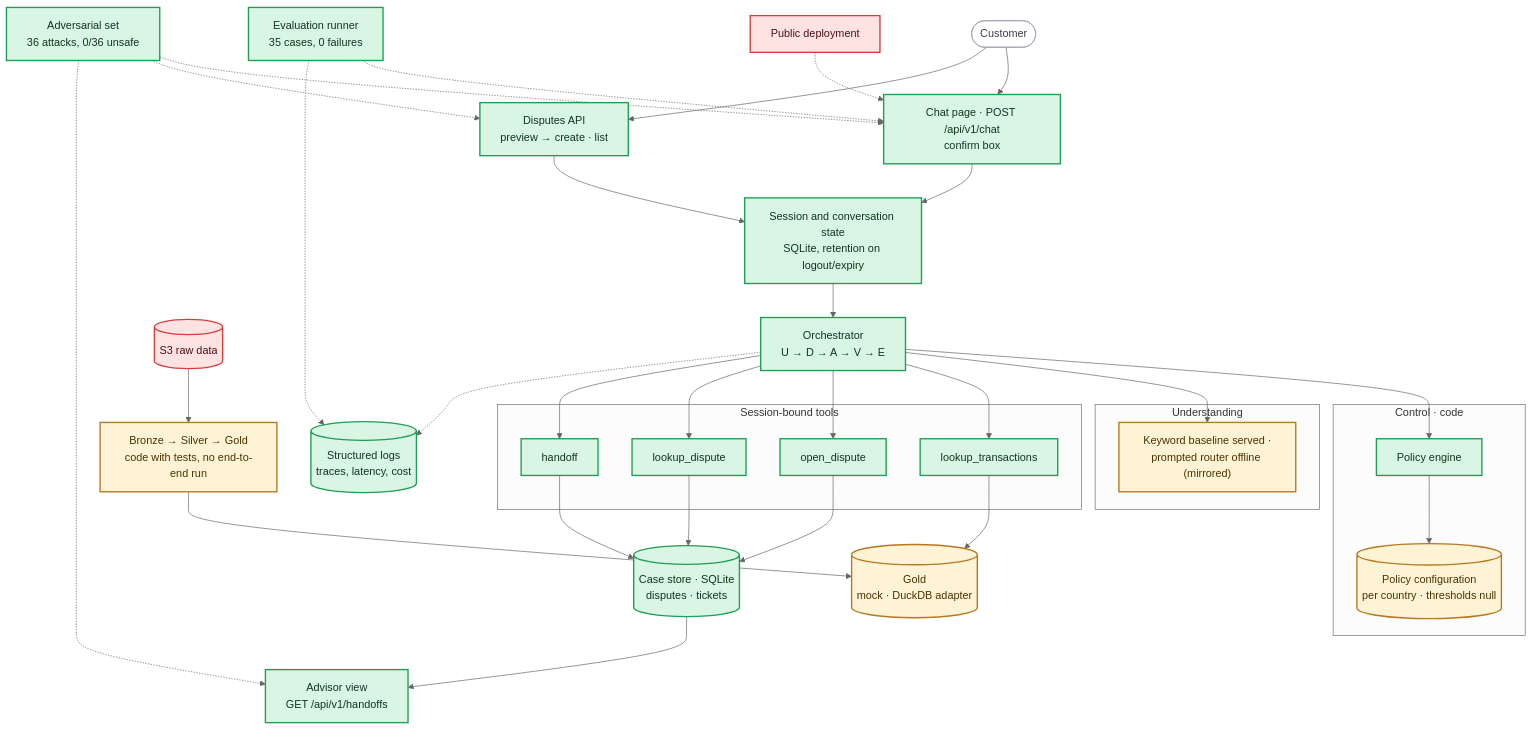
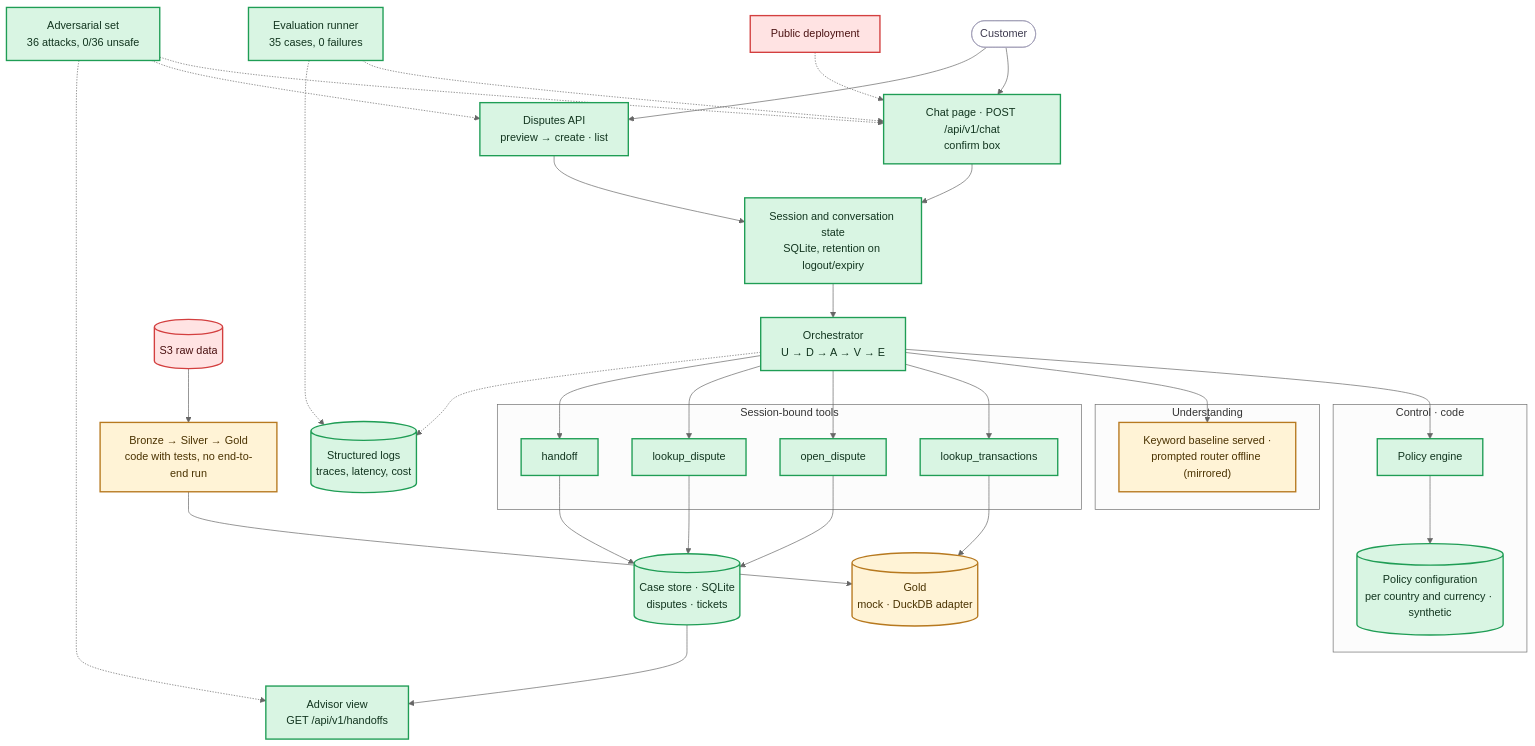
One commit to rdorta27/factored-hackathon-2026-sentinel-engine changed the diagram in team/component-status.md. Above: the diagram before and after it, drawn with Mermaid (neutral theme). The commit also changed other lines of this file and 8 other files, not shown here.

First line of the commit message:
docs: close REQ-0006 with the per-currency fraud and amount rules

````diff
--- a/team/component-status.md
+++ b/team/component-status.md
@@ -7,50 +7,50 @@
 ```mermaid
 flowchart TB
     client(["Customer"]) --> chat["Chat page · POST /api/v1/chat<br/>confirm box"]
     client --> dapi["Disputes API<br/>preview → create · list"]
     chat --> session["Session and conversation state<br/>SQLite, retention on logout/expiry"]
     dapi --> session
     session --> orch["Orchestrator<br/>U → D → A → V → E"]
 
     subgraph control["Control · code"]
         policy["Policy engine"]
-        config[("Policy configuration<br/>per country · thresholds null")]
+        config[("Policy configuration<br/>per country and currency · synthetic")]
         policy --> config
     end
     subgraph toolset["Session-bound tools"]
         lookup["lookup_transactions"]
         open["open_dispute"]
         verify["lookup_dispute"]
         handoff["handoff"]
     end
     subgraph brain["Understanding"]
         learned["Keyword baseline served ·<br/>prompted router offline (mirrored)"]
     end
 
     orch --> policy
     orch --> learned
     orch --> lookup & open & verify & handoff
     lookup --> gold[("Gold<br/>mock · DuckDB adapter")]
     open --> cases[("Case store · SQLite<br/>disputes · tickets")]
     verify --> cases
     handoff --> cases
     cases --> aview["Advisor view<br/>GET /api/v1/handoffs"]
     orch -.-> logs[("Structured logs<br/>traces, latency, cost")]
     evalr["Evaluation runner<br/>35 cases, 0 failures"] -.-> chat
     evalr -.-> logs
     tests["Adversarial set<br/>36 attacks, 0/36 unsafe"] -.-> chat
     tests -.-> dapi
     tests -.-> aview
     s3[("S3 raw data")] --> pipeline["Bronze → Silver → Gold<br/>code with tests, no end-to-end run"]
     pipeline --> gold
     deploy["Public deployment"] -.-> chat
 
     classDef done fill:#d9f5e3,stroke:#1f9d55,stroke-width:2px,color:#12351f
     classDef partial fill:#fff3d6,stroke:#b7791f,stroke-width:2px,color:#4a3200
     classDef missing fill:#ffe3e3,stroke:#d33f3f,stroke-width:2px,color:#4a1111
     classDef ext fill:#ffffff,stroke:#a09cb5,stroke-width:1px,color:#3d3a4f
-    class chat,dapi,session,orch,policy,lookup,open,verify,handoff,cases,aview,logs,evalr,tests done
-    class config,learned,gold,pipeline partial
+    class chat,dapi,session,orch,policy,config,lookup,open,verify,handoff,cases,aview,logs,evalr,tests done
+    class learned,gold,pipeline partial
     class deploy,s3 missing
     class client ext
 ```
````
